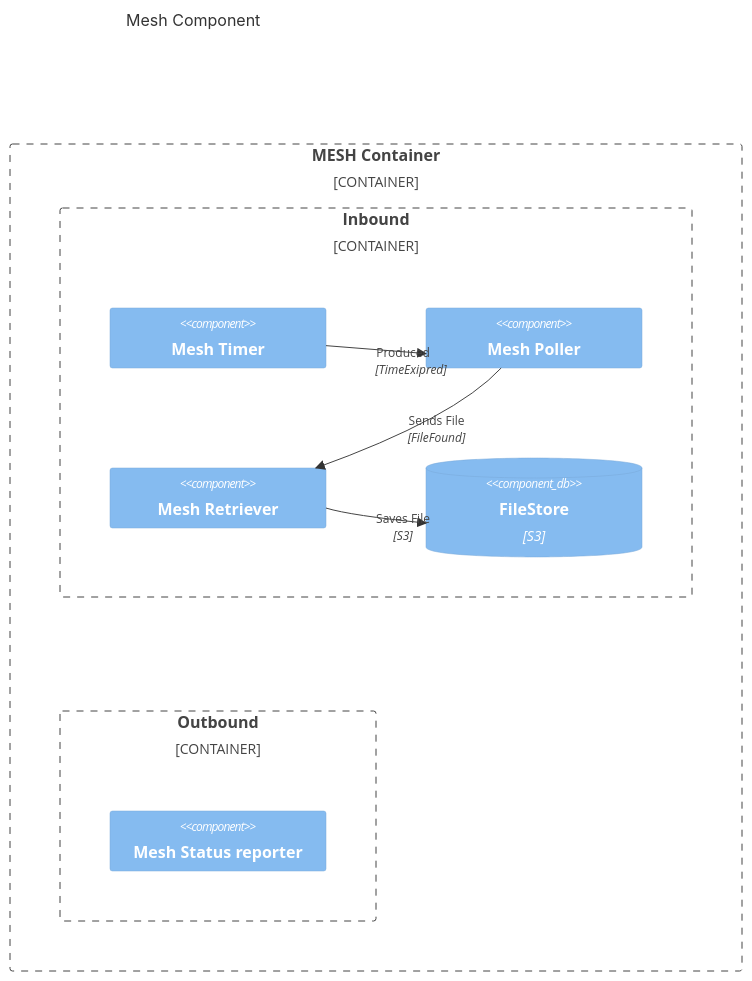
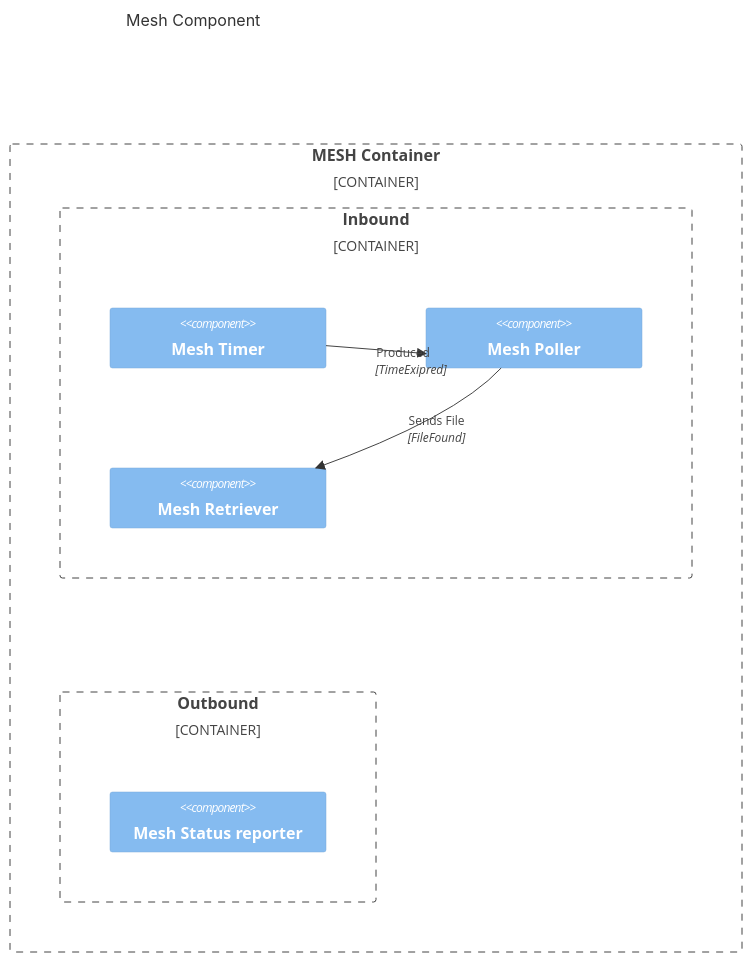
The diagram in docs/collections/_diagrams/c4component-mesh.md (RossBugginsNHS/nhs-notify-digital-letters), drawn with Mermaid before and after one commit. The commit also changed 36 other files, not shown here.

First line of the commit message:
Rossbugginsnhs/2025 10 17/diagrams updates 011 (#75)

````diff
--- a/docs/collections/_diagrams/c4component-mesh.md
+++ b/docs/collections/_diagrams/c4component-mesh.md
@@ -7,27 +7,25 @@
 ```mermaid
     C4Component
     title Mesh Component
     Container_Boundary(meshcontainer, "MESH Container") {
 
         Container_Boundary(inbound, "Inbound"){
          Component(timer, "Mesh Timer")
          Component(poller, "Mesh Poller")
          Component(retriever, "Mesh Retriever")
-         ComponentDb(db, "FileStore", "S3", "")
         }
 
 
 
 
         Container_Boundary(outbound, "Outbound"){
          Component(reporter, "Mesh Status reporter")
         }
 
         Rel(timer, poller, "Produced", "TimeExipred")
         Rel(poller, retriever, "Sends File", "FileFound")
-        Rel(retriever, db, "Saves File", "S3")
 
 
          UpdateLayoutConfig($c4ShapeInRow="3", $c4BoundaryInRow="1")
     }
 ```
````
